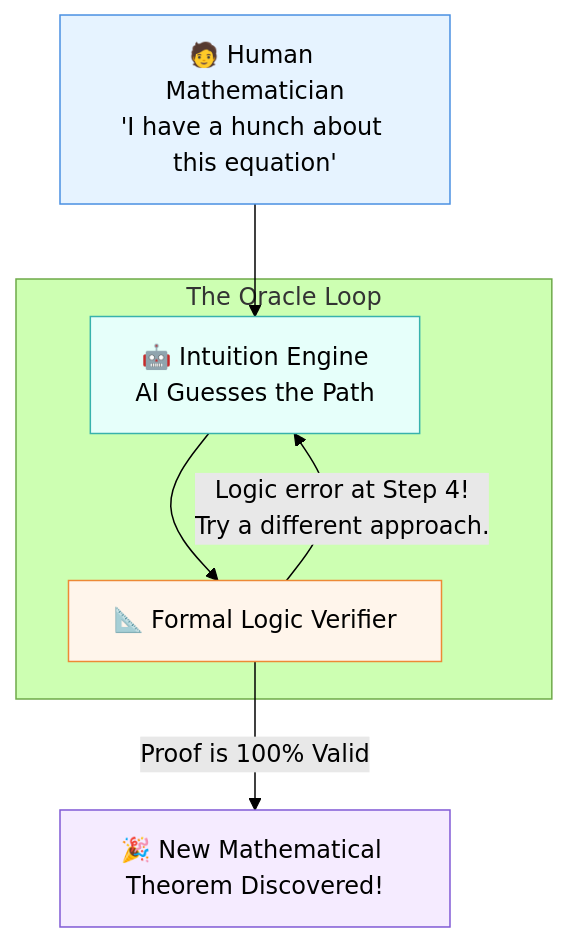
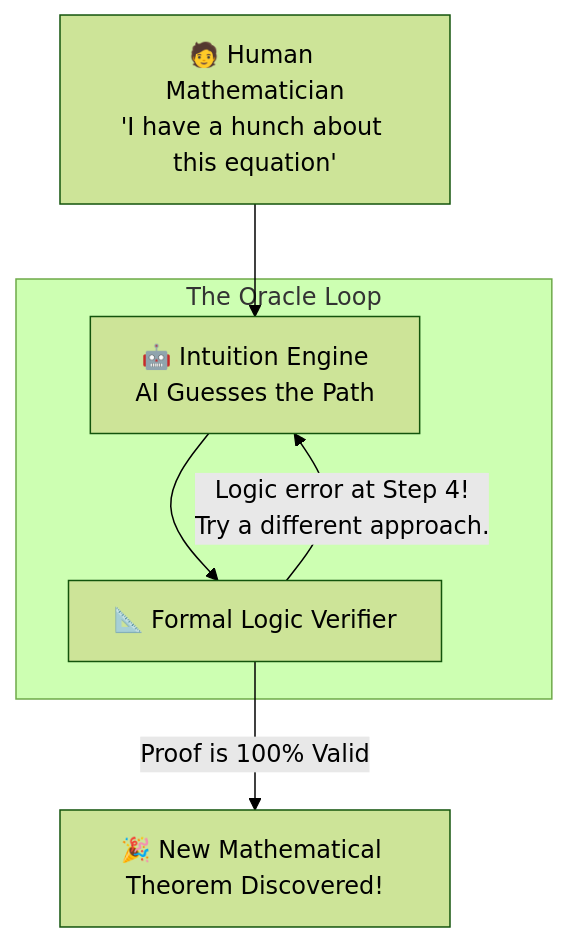
Before and after one commit to vdonthireddy/ai-knowledge-base: the diagram in line33_mathematics_theorem_proving.md, drawn with Mermaid (forest theme). The commit also changed 30 other files, not shown here.

Commit message:
chore: Rename files and fix mermaid diagram styles for dark mode compatibility

````diff
--- a/line33_mathematics_theorem_proving.md
+++ b/line33_mathematics_theorem_proving.md
@@ -47,16 +47,12 @@
 ```mermaid
 graph TD
     A[🧑 Human Mathematician<br/>'I have a hunch about this equation'] --> B[🤖 Intuition Engine<br/>AI Guesses the Path]
     
     subgraph The Oracle Loop
     B --> C[📐 Formal Logic Verifier]
     C -- "Logic error at Step 4!<br/>Try a different approach." --> B
     end
     
     C -- "Proof is 100% Valid" --> D[🎉 New Mathematical Theorem Discovered!]
     
-    style A fill:#e6f3ff,stroke:#4a90e2
-    style B fill:#e6fffa,stroke:#38b2ac
-    style C fill:#fff5eb,stroke:#ed8936
-    style D fill:#f5ebff,stroke:#805ad5
 ```
````
